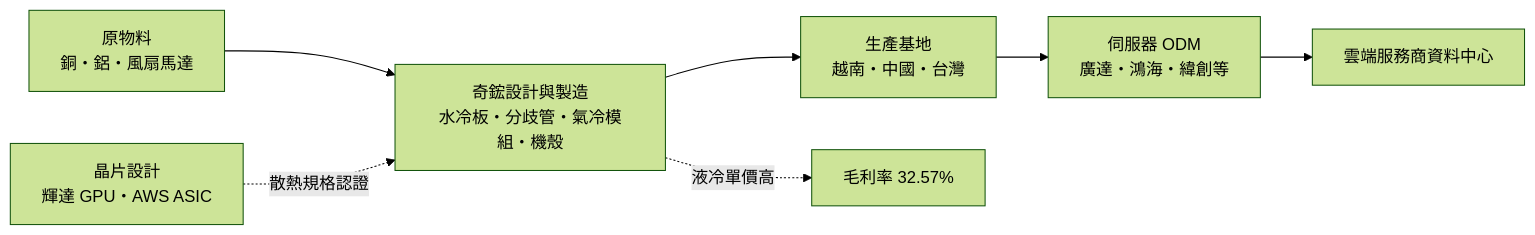
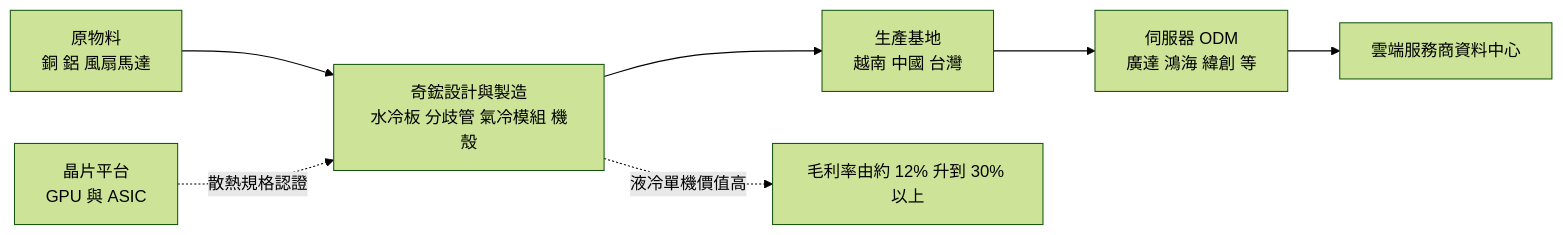
One commit to wangnick1004/taiwan-stock-vault changed the second of 4 diagrams in 個股/台股/3017奇鋐.md. Above: the diagram before and after it, drawn with Mermaid (forest theme). The commit also changed other lines of this file and 7 other files, not shown here.

````diff
--- a/個股/台股/3017奇鋐.md
+++ b/個股/台股/3017奇鋐.md
@@ -69,9 +69,9 @@
 ```mermaid
 flowchart LR
-    A[原物料<br/>銅・鋁・風扇馬達] --> B[奇鋐設計與製造<br/>水冷板・分歧管・氣冷模組・機殼]
-    B --> C[生產基地<br/>越南・中國・台灣]
-    C --> D[伺服器 ODM<br/>廣達・鴻海・緯創等]
+    A["原物料<br/>銅 鋁 風扇馬達"] --> B["奇鋐設計與製造<br/>水冷板 分歧管 氣冷模組 機殼"]
+    B --> C["生產基地<br/>越南 中國 台灣"]
+    C --> D["伺服器 ODM<br/>廣達 鴻海 緯創 等"]
     D --> E[雲端服務商資料中心]
-    F[晶片設計<br/>輝達 GPU・AWS ASIC] -. 散熱規格認證 .-> B
-    B -. 液冷單價高 .-> G[毛利率 32.57%]
+    F["晶片平台<br/>GPU 與 ASIC"] -. 散熱規格認證 .-> B
+    B -. 液冷單機價值高 .-> G["毛利率由約 12% 升到 30% 以上"]
 ```
````
